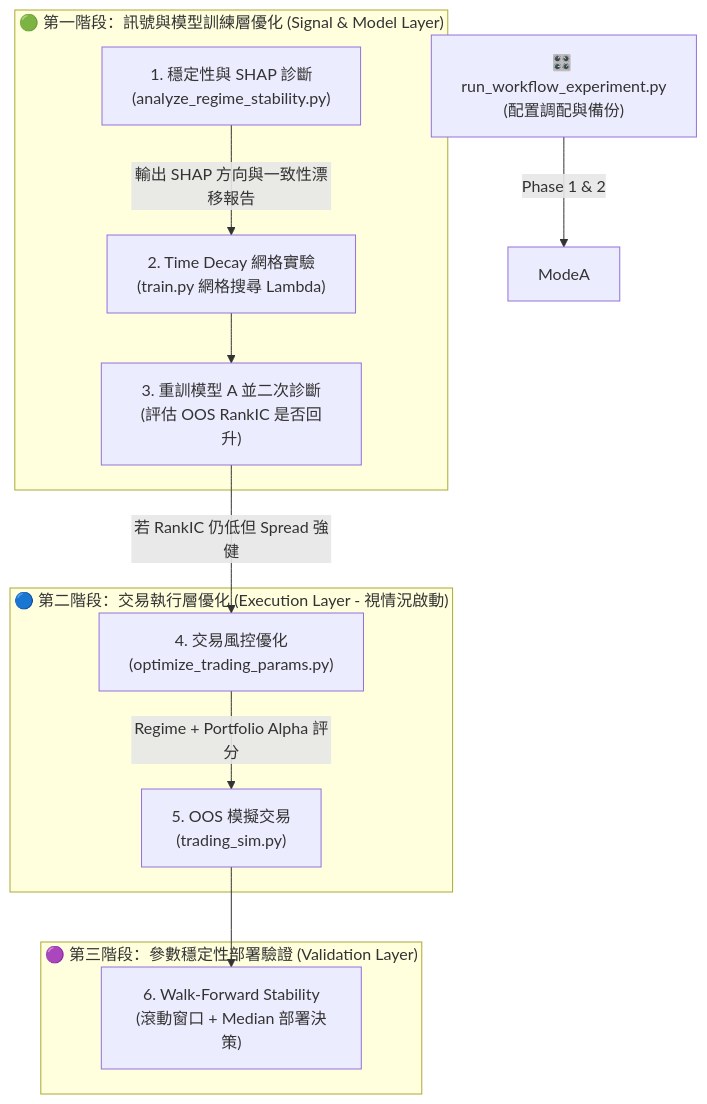
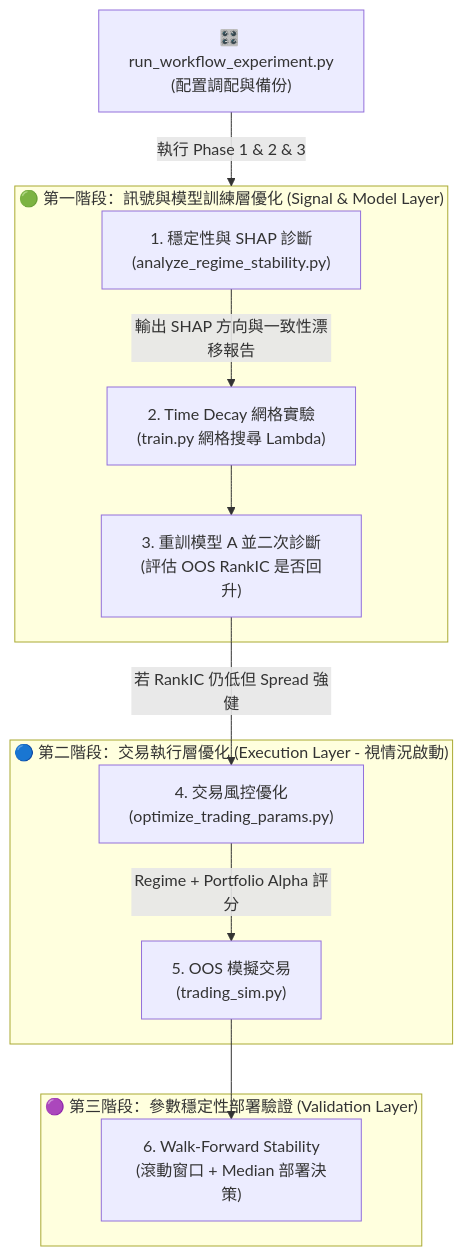
The diagram in run_workflow_experiment_guide.md (KresseLock/Stock), drawn with Mermaid before and after one commit. The commit also changed other lines of this file and 8 other files, not shown here.

````diff
--- a/run_workflow_experiment_guide.md
+++ b/run_workflow_experiment_guide.md
@@ -22,20 +22,20 @@
 ```mermaid
 flowchart TD
     RunExp["🎛️ run_workflow_experiment.py\n(配置調配與備份)"]
     
     subgraph Phase1 ["🟢 第一階段：訊號與模型訓練層優化 (Signal & Model Layer)"]
         A_Diag["1. 穩定性與 SHAP 診斷\n(analyze_regime_stability.py)"] -->|輸出 SHAP 方向與一致性漂移報告| A_Decay["2. Time Decay 網格實驗\n(train.py 網格搜尋 Lambda)"]
         A_Decay --> A_Train["3. 重訓模型 A 並二次診斷\n(評估 OOS RankIC 是否回升)"]
     end
     
     subgraph Phase2 ["🔵 第二階段：交易執行層優化 (Execution Layer - 視情況啟動)"]
         A_Train -->|若 RankIC 仍低但 Spread 強健| A_Opt["4. 交易風控優化\n(optimize_trading_params.py)"]
         A_Opt -->|Regime + Portfolio Alpha 評分| A_Sim["5. OOS 模擬交易\n(trading_sim.py)"]
     end
     
     subgraph Phase3 ["🟣 第三階段：參數穩定性部署驗證 (Validation Layer)"]
         A_Sim --> A_WF["6. Walk-Forward Stability\n(滾動窗口 + Median 部署決策)"]
     end
 
-    RunExp -->|Phase 1 & 2| ModeA
+    RunExp -->|執行 Phase 1 & 2 & 3| Phase1
 ```
````
